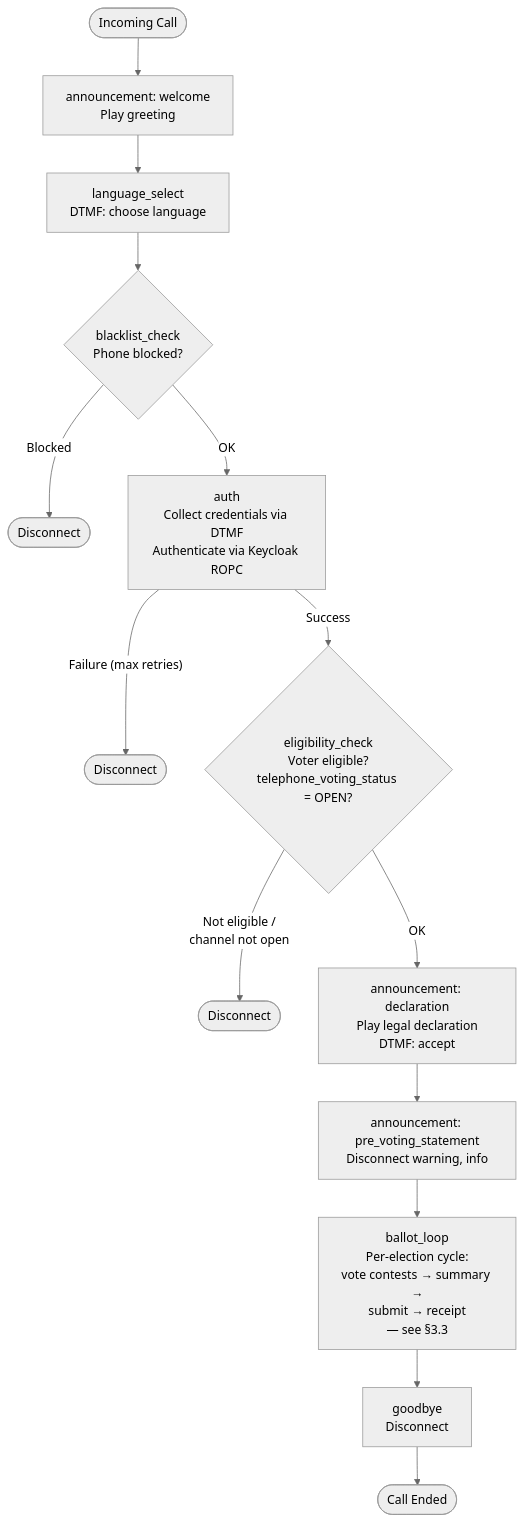
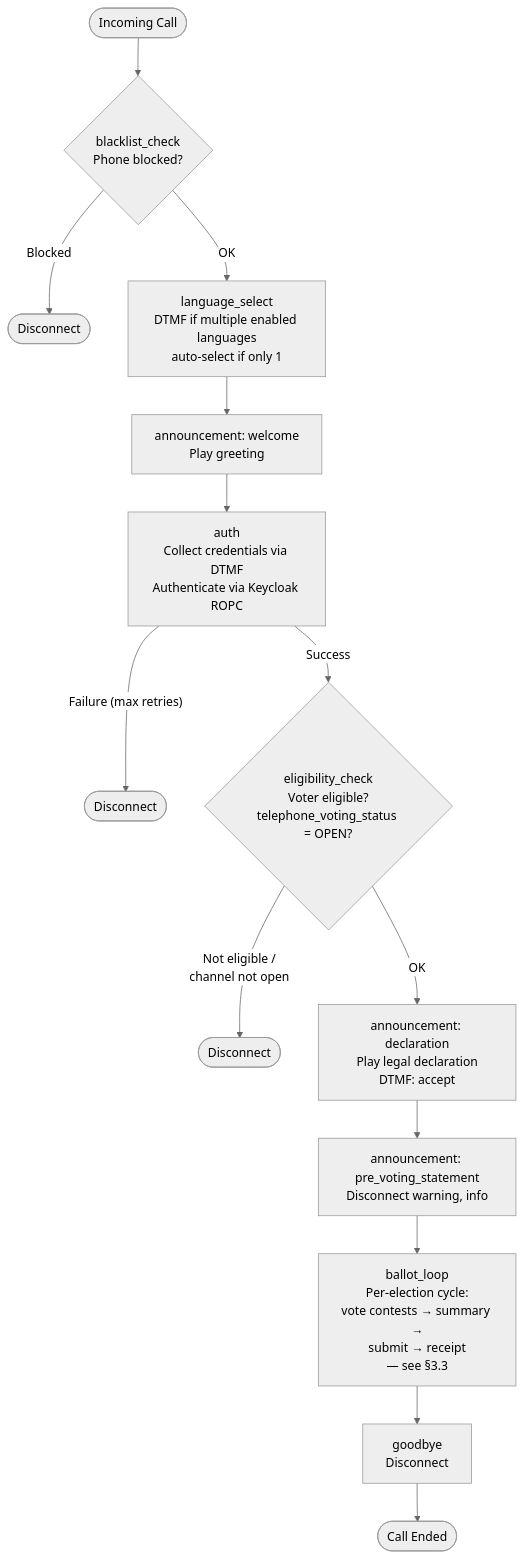
One commit to sequentech/step changed the second of 13 diagrams in docs/docusaurus/docs/07-developers/12-ivr/ivr-system-design.md. Above: the diagram before and after it, drawn with Mermaid (neutral theme). The commit also changed other lines of this file, not shown here.

````diff
--- a/docs/docusaurus/docs/07-developers/12-ivr/ivr-system-design.md
+++ b/docs/docusaurus/docs/07-developers/12-ivr/ivr-system-design.md
@@ -128,17 +128,16 @@
 ```mermaid
 flowchart TD
-    CALL([Incoming Call]) --> WELCOME[announcement: welcome<br/>Play greeting]
-
-    WELCOME --> LANG[language_select<br/>DTMF: choose language]
-    LANG --> BLACKLIST{blacklist_check<br/>Phone blocked?}
+    CALL([Incoming Call]) --> BLACKLIST{blacklist_check<br/>Phone blocked?}
     BLACKLIST -->|Blocked| BL_END([Disconnect])
-    BLACKLIST -->|OK| AUTH[auth<br/>Collect credentials via DTMF<br/>Authenticate via Keycloak ROPC]
+    BLACKLIST -->|OK| LANG[language_select<br/>DTMF if multiple enabled languages<br/>auto-select if only 1]
+    LANG --> WELCOME[announcement: welcome<br/>Play greeting]
+    WELCOME --> AUTH[auth<br/>Collect credentials via DTMF<br/>Authenticate via Keycloak ROPC]
     AUTH -->|"Failure (max retries)"| AUTH_END([Disconnect])
     AUTH -->|Success| ELIG{eligibility_check<br/>Voter eligible?<br/>telephone_voting_status = OPEN?}
     ELIG -->|"Not eligible /<br/>channel not open"| ELIG_END([Disconnect])
     ELIG -->|OK| DECL[announcement: declaration<br/>Play legal declaration<br/>DTMF: accept]
     DECL --> STMT[announcement: pre_voting_statement<br/>Disconnect warning, info]
     STMT --> BALLOT[ballot_loop<br/>Per-election cycle:<br/>vote contests → summary →<br/>submit → receipt<br/>— see §3.3]
     BALLOT --> GOODBYE[goodbye<br/>Disconnect]
     GOODBYE --> END_OK([Call Ended])
 ```
````
